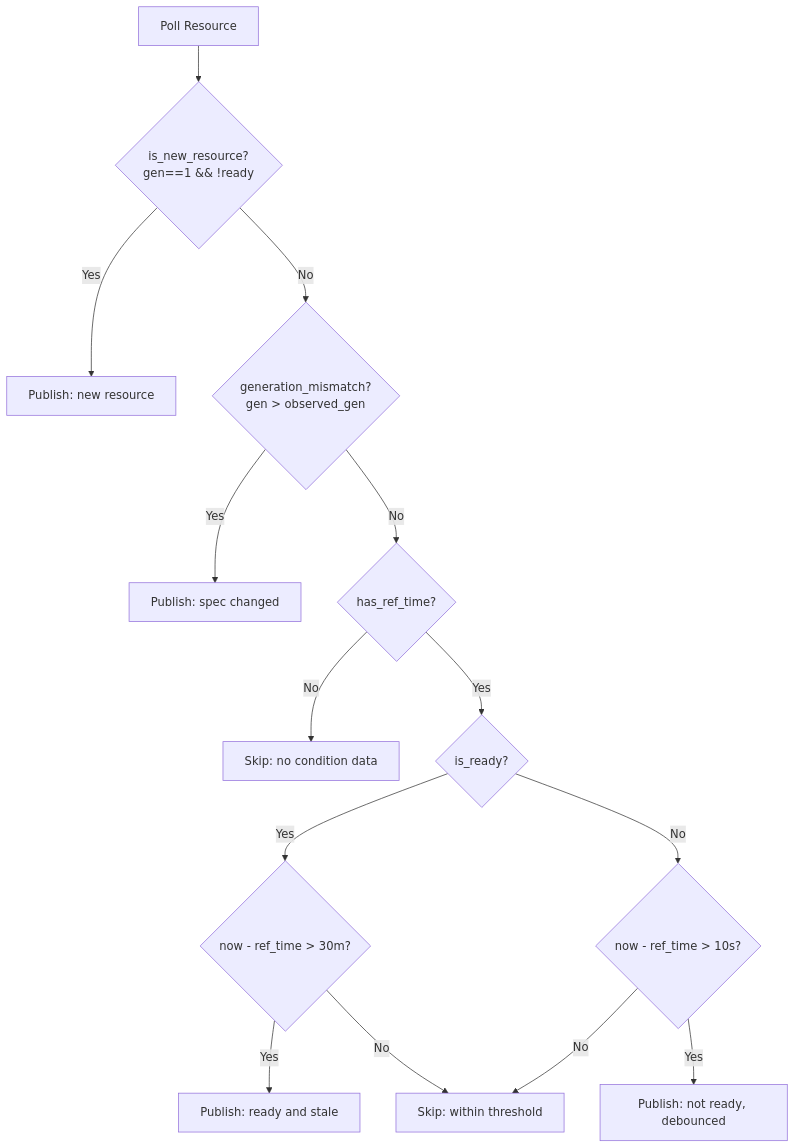
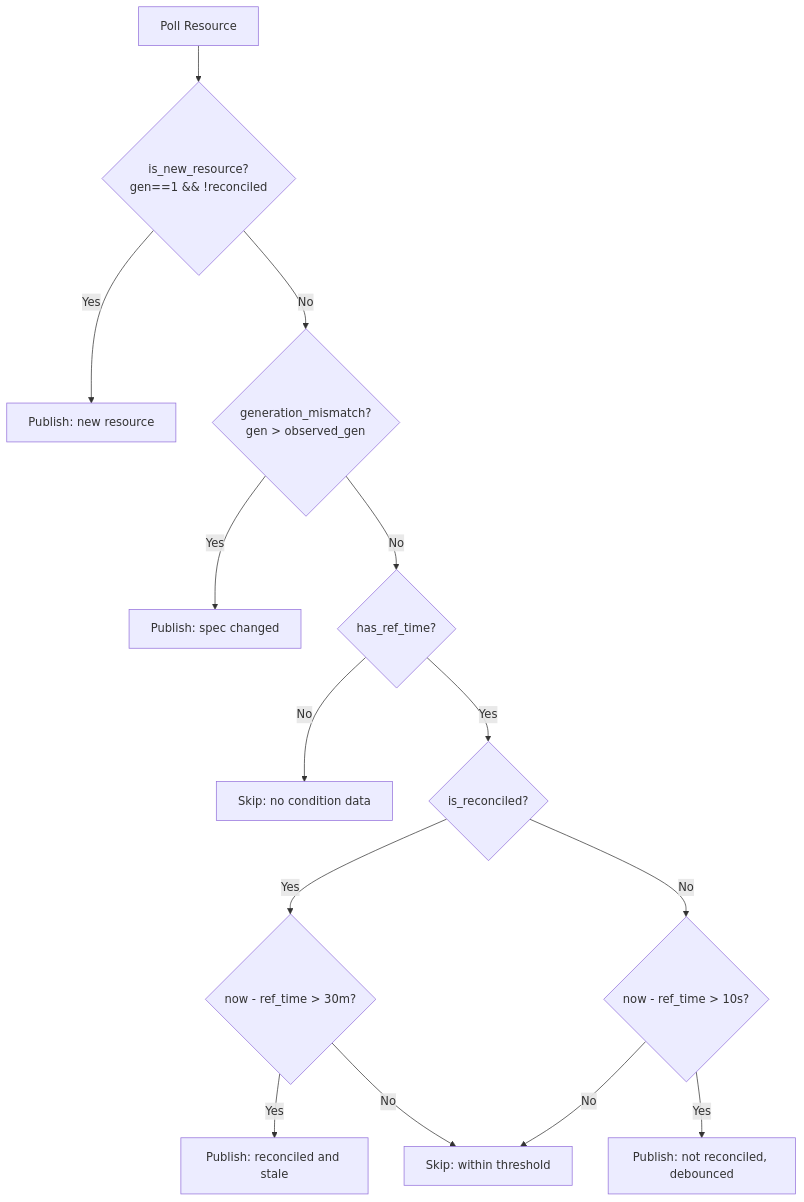
Before and after one commit to openshift-hyperfleet/hyperfleet-sentinel: the second of 3 diagrams in docs/sentinel-operator-guide.md, drawn with Mermaid. The commit also changed other lines of this file and 17 other files, not shown here.

Commit message:
HYPERFLEET-857 - refactor: update config from Ready to Reconciled

````diff
--- a/docs/sentinel-operator-guide.md
+++ b/docs/sentinel-operator-guide.md
@@ -174,16 +174,16 @@
 ```mermaid
 graph TD
-    START[Poll Resource] --> CHECK1{is_new_resource?<br>gen==1 && !ready}
+    START[Poll Resource] --> CHECK1{is_new_resource?<br>gen==1 && !reconciled}
     CHECK1 -->|Yes| PUB1[Publish: new resource]
     CHECK1 -->|No| CHECK1B{generation_mismatch?<br>gen > observed_gen}
     CHECK1B -->|Yes| PUB1B[Publish: spec changed]
     CHECK1B -->|No| CHECK2{has_ref_time?}
     CHECK2 -->|No| SKIP[Skip: no condition data]
-    CHECK2 -->|Yes| CHECK3{is_ready?}
+    CHECK2 -->|Yes| CHECK3{is_reconciled?}
     CHECK3 -->|Yes| CHECK4{"now - ref_time > 30m?"}
     CHECK3 -->|No| CHECK5{"now - ref_time > 10s?"}
-    CHECK4 -->|Yes| PUB2[Publish: ready and stale]
+    CHECK4 -->|Yes| PUB2[Publish: reconciled and stale]
     CHECK4 -->|No| SKIP2[Skip: within threshold]
-    CHECK5 -->|Yes| PUB3[Publish: not ready, debounced]
+    CHECK5 -->|Yes| PUB3[Publish: not reconciled, debounced]
     CHECK5 -->|No| SKIP2
 ```
````
